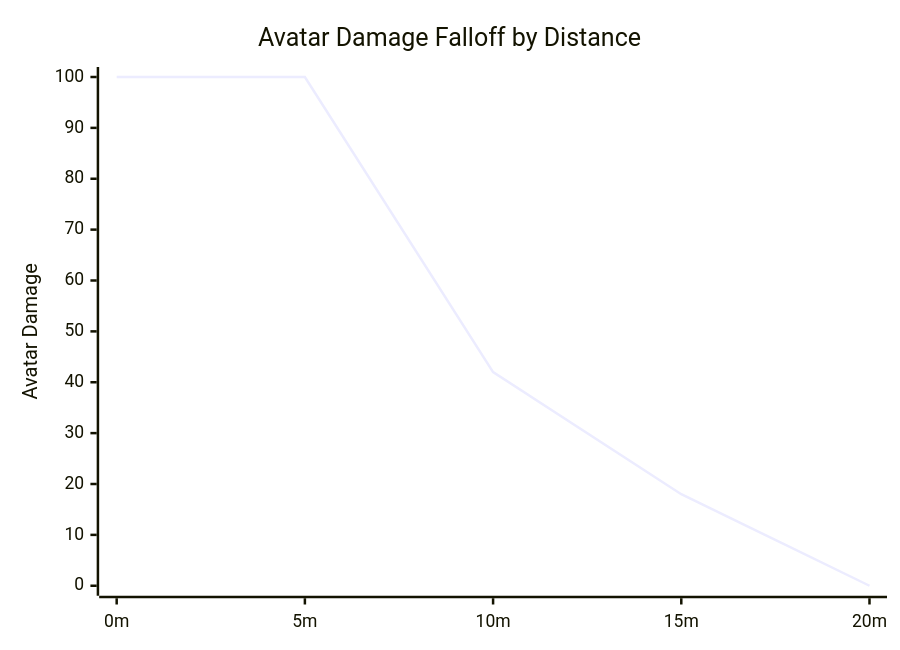
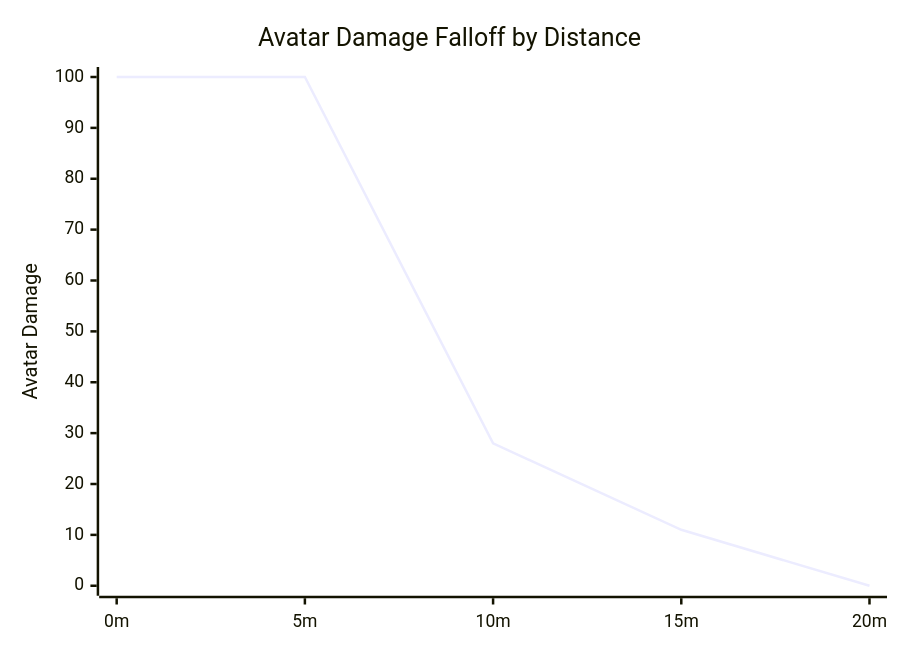
Before and after one commit to soapyf/Ashguard-Equipment-Information: the first of 2 diagrams in equipment/Layer 2/Flame Torrent.md, drawn with Mermaid.

Commit message:
Update Avatar Damage Falloff chart in Flame Torrent documentation

````diff
--- a/equipment/Layer 2/Flame Torrent.md
+++ b/equipment/Layer 2/Flame Torrent.md
@@ -42,7 +42,7 @@
 ```mermaid
 xychart-beta
     title "Avatar Damage Falloff by Distance"
     x-axis ["0m", "5m", "10m", "15m", "20m"]
     y-axis "Avatar Damage" 0 --> 100
-    line [100, 100, 42, 18, 0]
+    line [100, 100, 28, 11, 0]
 ```
````
